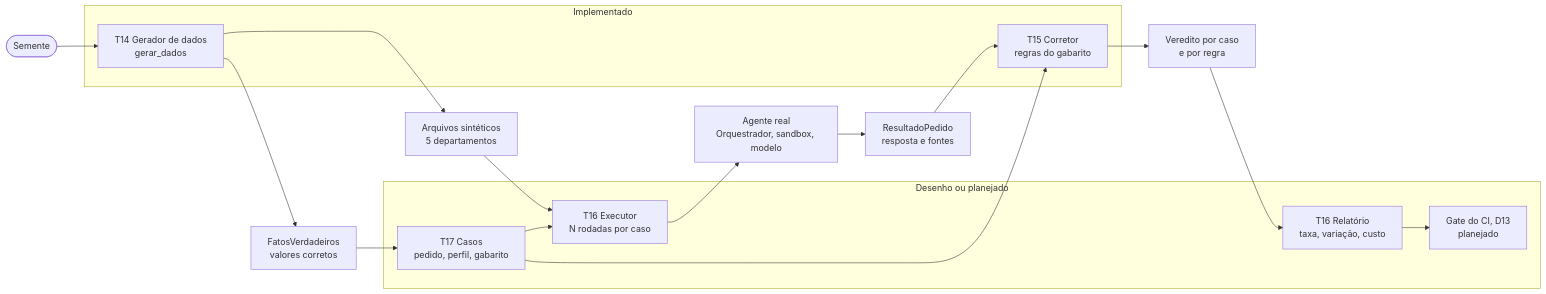
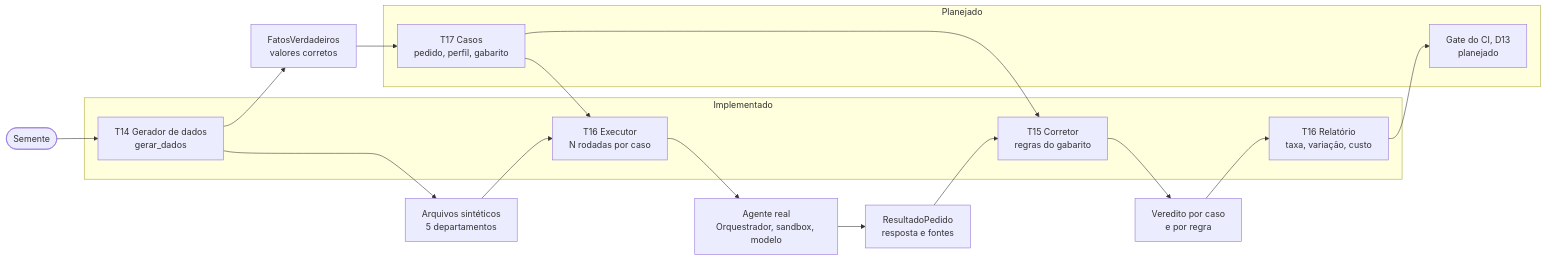
The first of 18 diagrams in docs/diagramas-evals.md (CristianonCarvalho/agent-repl-security), drawn with Mermaid before and after one commit. The commit also changed other lines of this file and 10 other files, not shown here.

````diff
--- a/docs/diagramas-evals.md
+++ b/docs/diagramas-evals.md
@@ -20,30 +20,30 @@
 ```mermaid
 flowchart LR
     SEM(["Semente"]) --> GER["T14 Gerador de dados<br/>gerar_dados"]
     GER --> ARQ["Arquivos sintéticos<br/>5 departamentos"]
     GER --> FAT["FatosVerdadeiros<br/>valores corretos"]
 
     FAT --> CAS["T17 Casos<br/>pedido, perfil, gabarito"]
     CAS --> EXE["T16 Executor<br/>N rodadas por caso"]
     ARQ --> EXE
 
     EXE --> AGT["Agente real<br/>Orquestrador, sandbox, modelo"]
     AGT --> RES["ResultadoPedido<br/>resposta e fontes"]
     RES --> COR["T15 Corretor<br/>regras do gabarito"]
     CAS --> COR
     COR --> VER["Veredito por caso<br/>e por regra"]
     VER --> REL["T16 Relatório<br/>taxa, variação, custo"]
 
     REL --> GATE["Gate do CI, D13<br/>planejado"]
 
     subgraph FEITO["Implementado"]
         GER
         COR
-    end
-    subgraph DESENHO["Desenho ou planejado"]
         EXE
         REL
+    end
+    subgraph PLANEJADO["Planejado"]
         CAS
         GATE
     end
 ```
````
